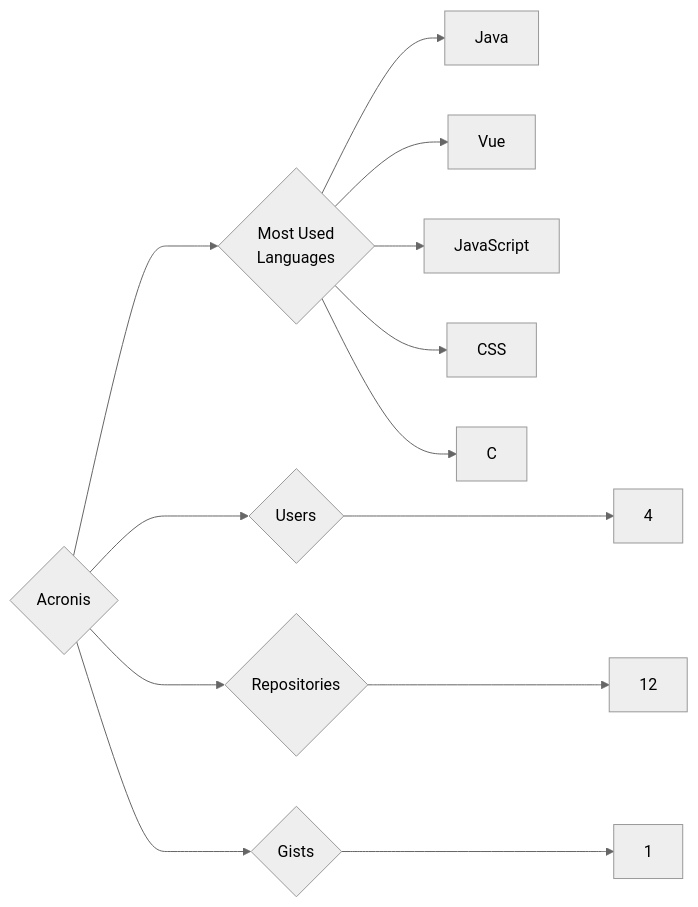
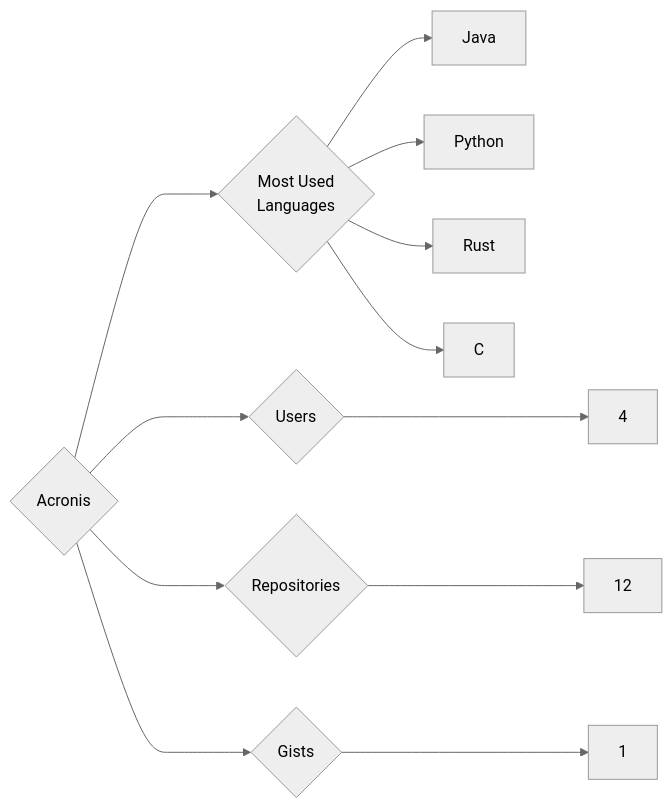
One commit to trickest/insiders changed the diagram in targets/Acronis/README.md. Above: the diagram before and after it, drawn with Mermaid (neutral theme). The commit also changed 1078 other files, not shown here.

````diff
--- a/targets/Acronis/README.md
+++ b/targets/Acronis/README.md
@@ -3,13 +3,12 @@
 ```mermaid
 graph LR
 COMPANY_NAME{Acronis}
 COMPANY_NAME ---> U{Users} ---> UN[4]
 COMPANY_NAME ---> R{Repositories} ---> RN[12]
 COMPANY_NAME ---> G{Gists} ---> GN[1]
 COMPANY_NAME ---> ML{Most Used<br>Languages}
 ML --> Java[Java]
-ML --> Vue[Vue]
-ML --> JavaScript[JavaScript]
-ML --> CSS[CSS]
+ML --> Python[Python]
+ML --> Rust[Rust]
 ML --> C[C]
 ```
````
